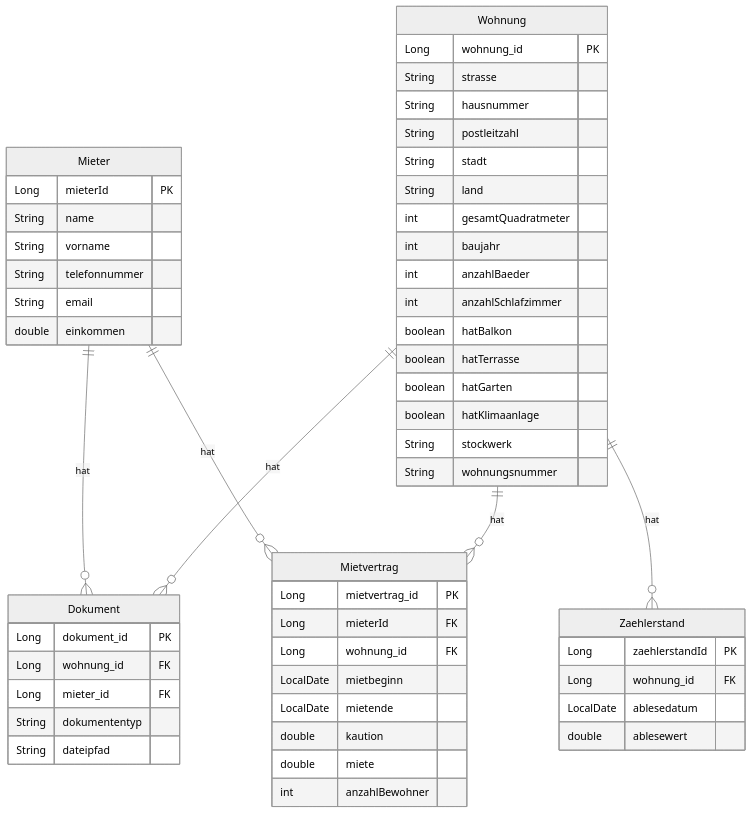
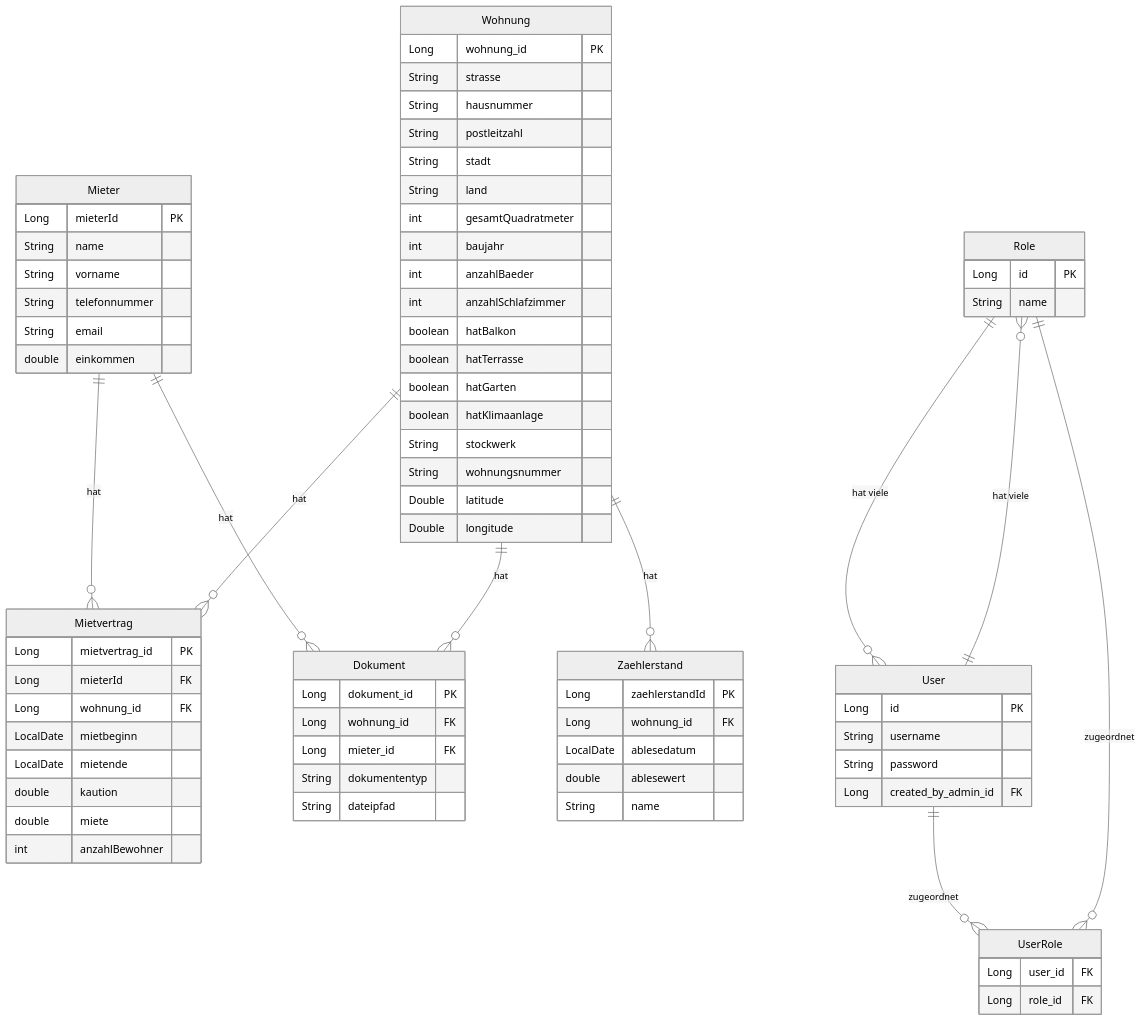
Before and after one commit to dav354/immobilienverwaltung: the diagram in README.md, drawn with Mermaid (neutral theme).

Commit message:
update db diagram

````diff
--- a/README.md
+++ b/README.md
@@ -157,59 +157,79 @@
 ```mermaid
 erDiagram
-  Mieter {
+ Mieter {
     Long mieterId PK
     String name
     String vorname
     String telefonnummer
     String email
     double einkommen
-  }
-  Mietvertrag {
+ }
+ Mietvertrag {
     Long mietvertrag_id PK
     Long mieterId FK
     Long wohnung_id FK
     LocalDate mietbeginn
     LocalDate mietende
     double kaution
     double miete
     int anzahlBewohner
-  }
-  Wohnung {
+ }
+ Wohnung {
     Long wohnung_id PK
     String strasse
     String hausnummer
     String postleitzahl
     String stadt
     String land
     int gesamtQuadratmeter
     int baujahr
     int anzahlBaeder
     int anzahlSchlafzimmer
     boolean hatBalkon
     boolean hatTerrasse
     boolean hatGarten
     boolean hatKlimaanlage
     String stockwerk
     String wohnungsnummer
-  }
-  Dokument {
+    Double latitude
+    Double longitude
+ }
+ Dokument {
     Long dokument_id PK
     Long wohnung_id FK
     Long mieter_id FK
     String dokumententyp
     String dateipfad
-  }
-  Zaehlerstand {
+ }
+ Zaehlerstand {
     Long zaehlerstandId PK
     Long wohnung_id FK
     LocalDate ablesedatum
     double ablesewert
-  }
+    String name
+ }
+ Role {
+    Long id PK
+    String name
+ }
+ User {
+    Long id PK
+    String username
+    String password
+    Long created_by_admin_id FK
+ }
+ UserRole {
+    Long user_id FK
+    Long role_id FK
+ }
 
-  Mieter ||--o{ Dokument : "hat"
-  Mieter ||--o{ Mietvertrag : "hat"
-  Wohnung ||--o{ Mietvertrag : "hat"
-  Wohnung ||--o{ Dokument : "hat"
-  Wohnung ||--o{ Zaehlerstand : "hat"
-
+Mieter ||--o{ Dokument : "hat"
+Mieter ||--o{ Mietvertrag : "hat"
+Wohnung ||--o{ Mietvertrag : "hat"
+Wohnung ||--o{ Dokument : "hat"
+Wohnung ||--o{ Zaehlerstand : "hat"
+User ||--o{ Role : "hat viele"
+Role ||--o{ User : "hat viele"
+User ||--o{ UserRole : "zugeordnet"
+Role ||--o{ UserRole : "zugeordnet"
 ```
````
